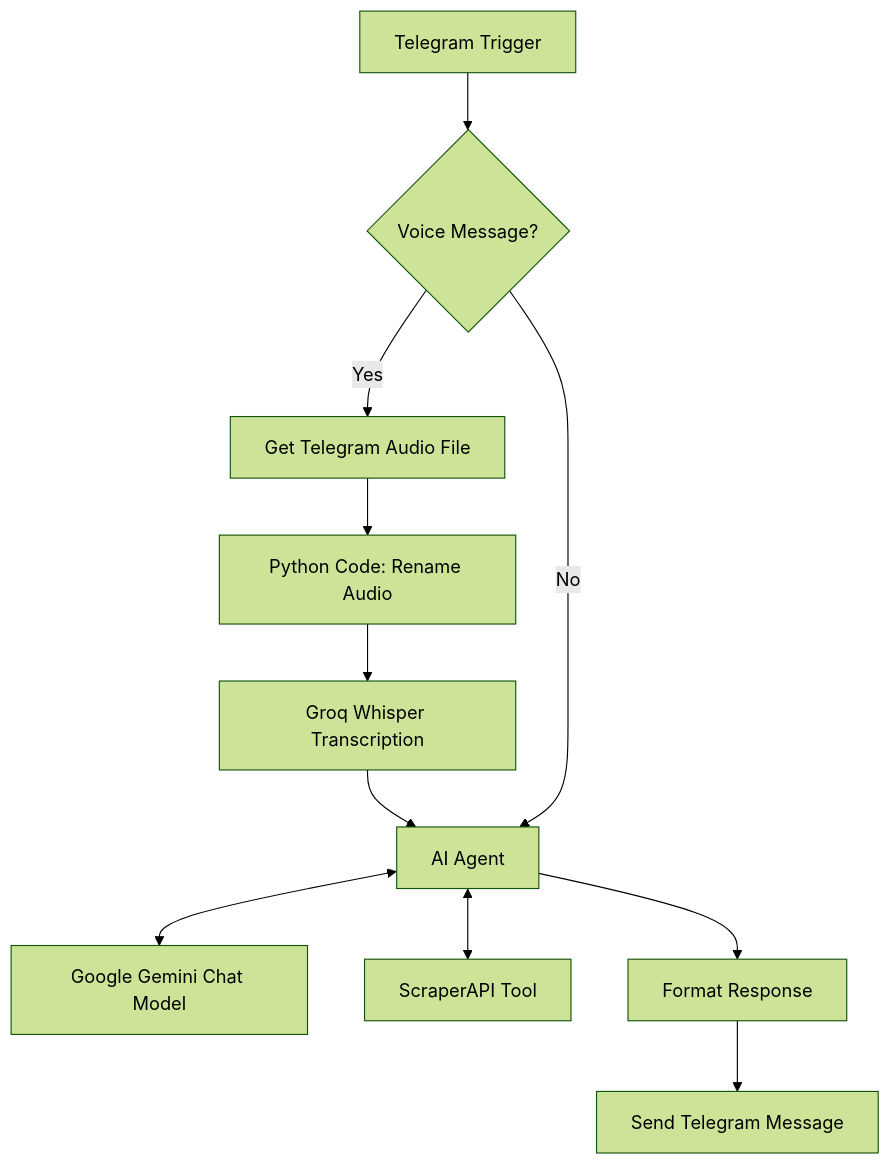
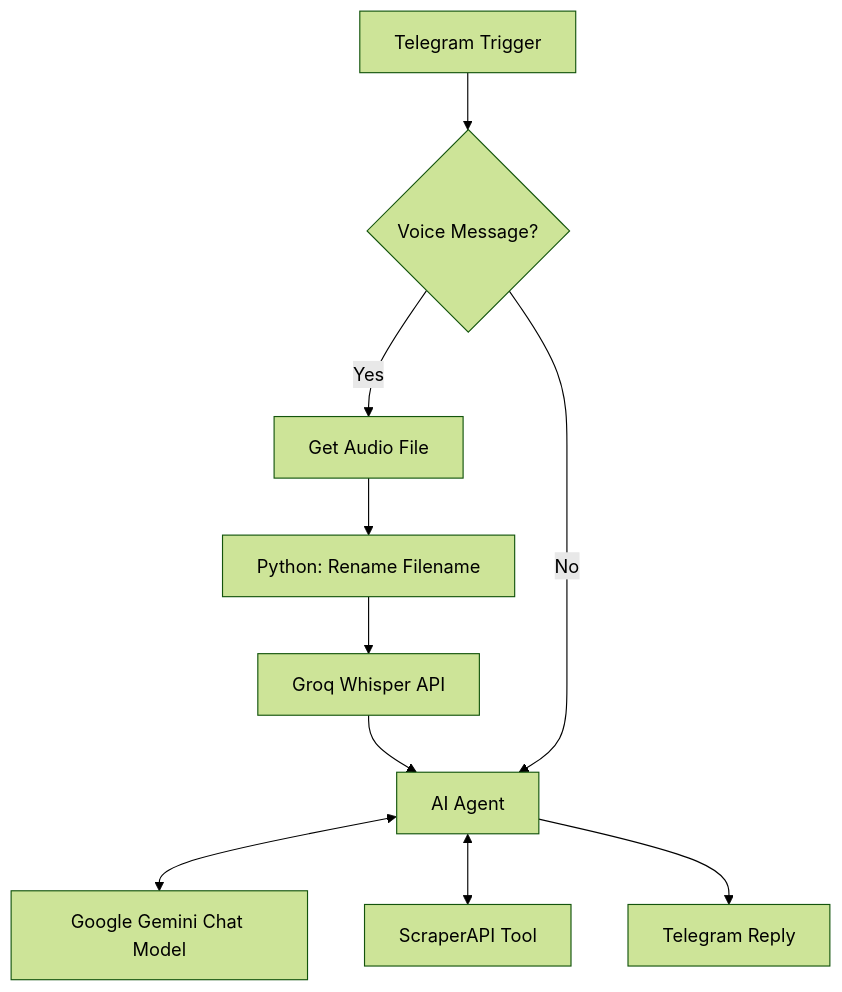
Before and after one commit to mohammedkhajamoinuddin/AI-Shopping-Assistant: the diagram in README.md, drawn with Mermaid (forest theme). The commit also changed other lines of this file, not shown here.

````diff
--- a/README.md
+++ b/README.md
@@ -38,16 +34,15 @@
 ```mermaid
 flowchart TD
     A[Telegram Trigger] --> B{Voice Message?}
 
-    B -- Yes --> C[Get Telegram Audio File]
-    C --> D[Python Code: Rename Audio]
-    D --> E[Groq Whisper Transcription]
+    B -- Yes --> C[Get Audio File]
+    C --> D[Python: Rename Filename]
+    D --> E[Groq Whisper API]
     E --> F[AI Agent]
 
     B -- No --> F
 
     F <--> G[Google Gemini Chat Model]
     F <--> H[ScraperAPI Tool]
-    F --> I[Format Response]
-    I --> J[Send Telegram Message]
+    F --> I[Telegram Reply]
 ```
````
